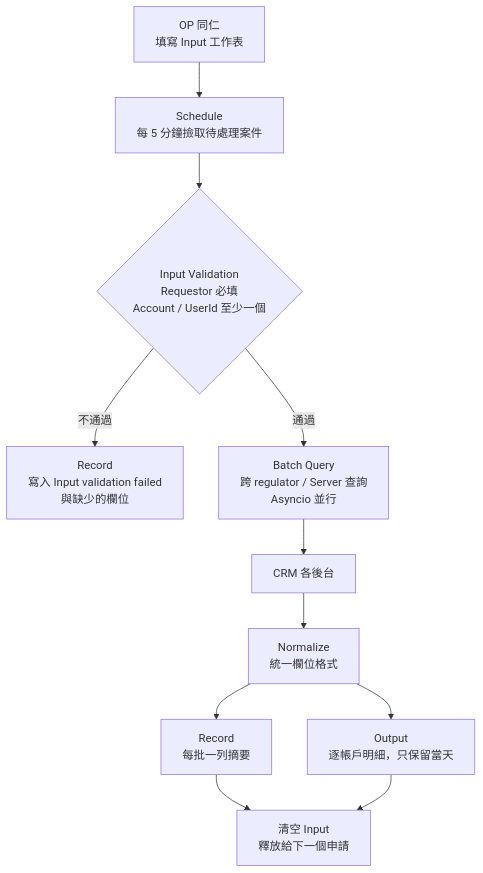
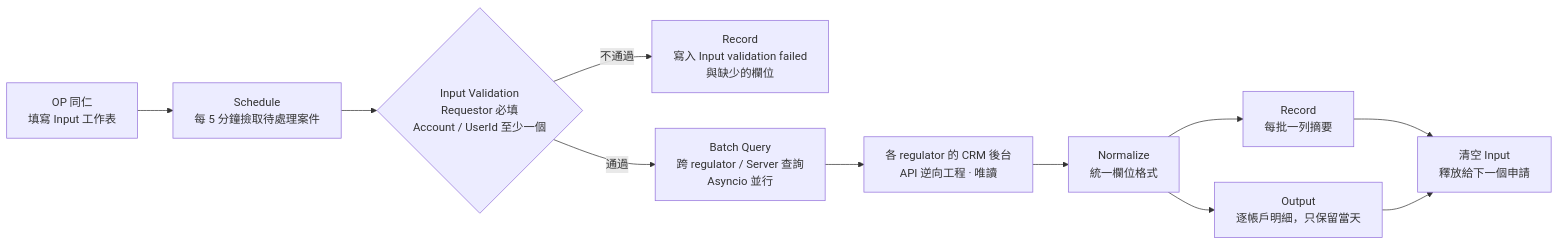
One commit to 01080710/01080710.github.io changed the diagram in src/content/projects/account-automation-engine.md. Above: the diagram before and after it, drawn with Mermaid. The commit also changed other lines of this file and 11 other files, not shown here.

````diff
--- a/src/content/projects/account-automation-engine.md
+++ b/src/content/projects/account-automation-engine.md
@@ -170,13 +66,13 @@
 ```mermaid
-flowchart TB
+flowchart LR
     OP["OP 同仁<br/>填寫 Input 工作表"] --> SCH["Schedule<br/>每 5 分鐘撿取待處理案件"]
     SCH --> VAL{"Input Validation<br/>Requestor 必填<br/>Account / UserId 至少一個"}
     VAL -->|"不通過"| REC_F["Record<br/>寫入 Input validation failed<br/>與缺少的欄位"]
     VAL -->|"通過"| QRY["Batch Query<br/>跨 regulator / Server 查詢<br/>Asyncio 並行"]
-    QRY --> SRC["CRM 各後台"]
+    QRY --> SRC["各 regulator 的 CRM 後台<br/>API 逆向工程 · 唯讀"]
     SRC --> NORM["Normalize<br/>統一欄位格式"]
     NORM --> REC["Record<br/>每批一列摘要"]
     NORM --> OUT["Output<br/>逐帳戶明細，只保留當天"]
     REC --> CLR["清空 Input<br/>釋放給下一個申請"]
     OUT --> CLR
 ```
````
